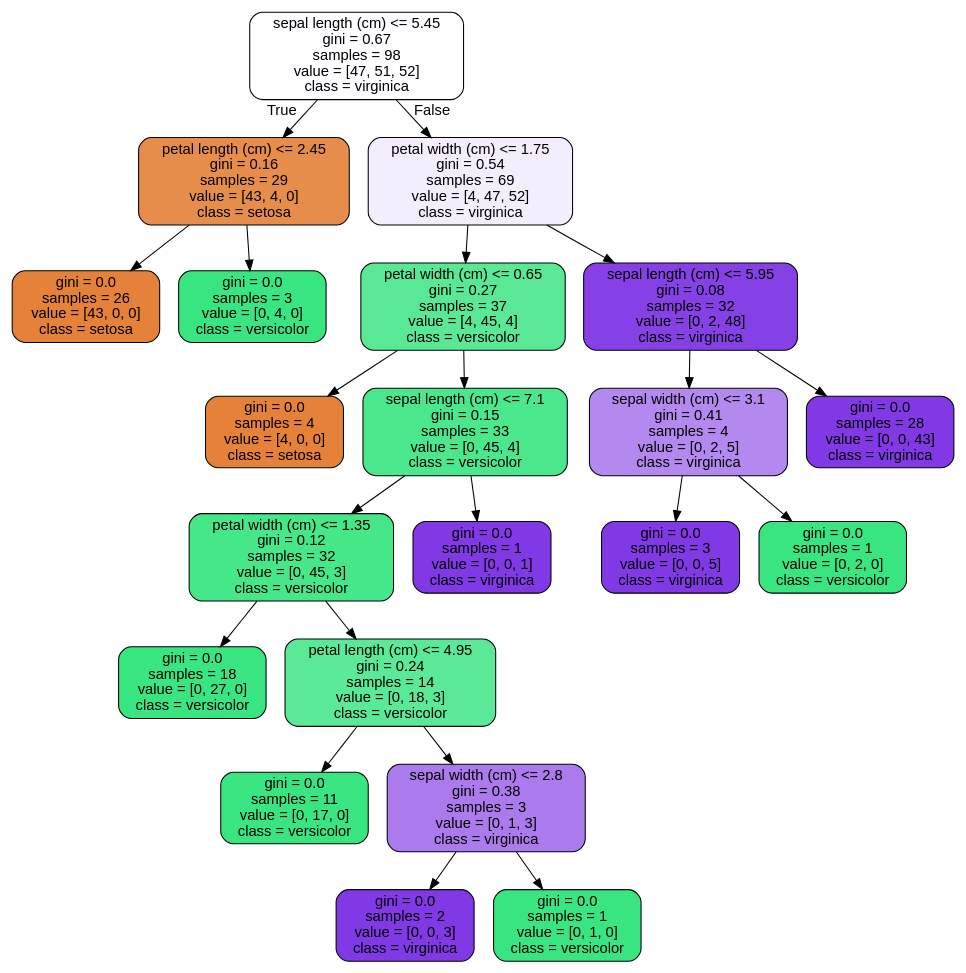
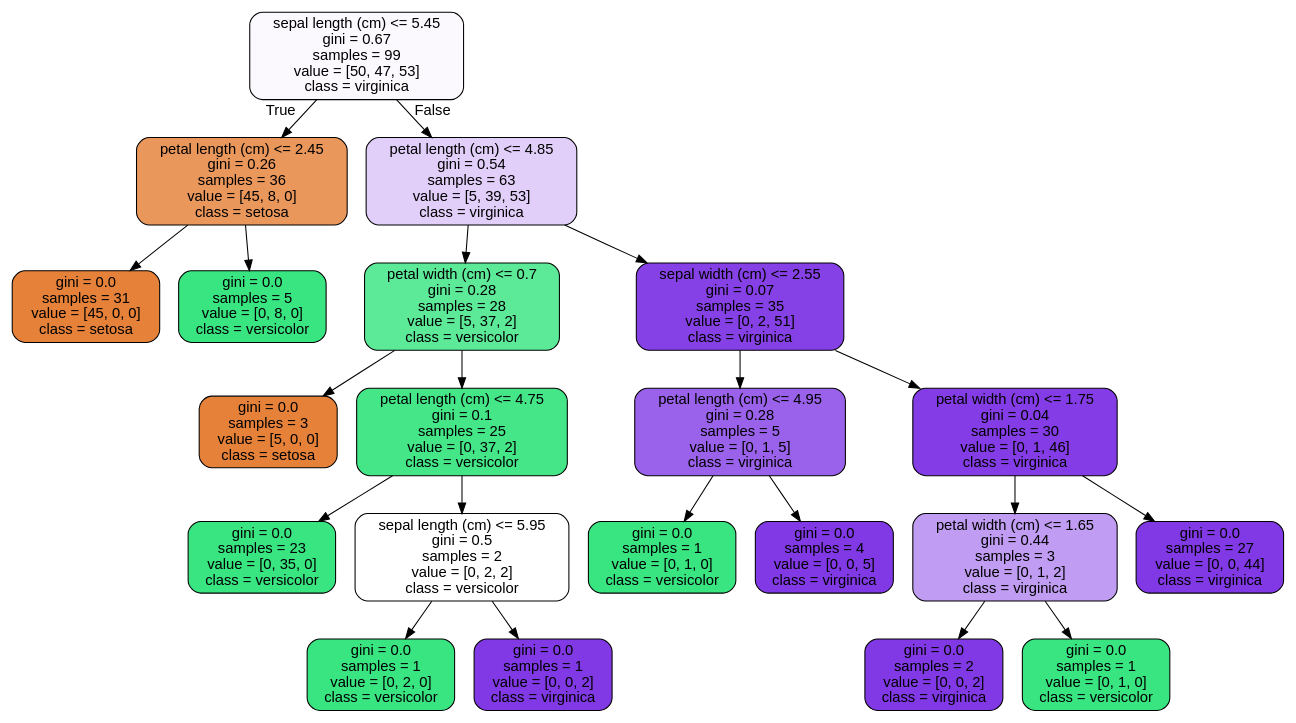
One commit to JasonCaldwellMBA/RandomForest_Covid_Case_Study changed the diagram in tree.dot. Above: the diagram before and after it, drawn with Graphviz. The commit also changed 2 other files, not shown here.

```diff
--- a/tree.dot
+++ b/tree.dot
@@ -1,45 +1,45 @@
 digraph Tree {
 node [shape=box, style="filled, rounded", color="black", fontname=helvetica] ;
 edge [fontname=helvetica] ;
-0 [label="sepal length (cm) <= 5.45\ngini = 0.67\nsamples = 98\nvalue = [47, 51, 52]\nclass = virginica", fillcolor="#fefdff"] ;
-1 [label="petal length (cm) <= 2.45\ngini = 0.16\nsamples = 29\nvalue = [43, 4, 0]\nclass = setosa", fillcolor="#e78d4b"] ;
+0 [label="sepal length (cm) <= 5.45\ngini = 0.67\nsamples = 99\nvalue = [50, 47, 53]\nclass = virginica", fillcolor="#fbf9fe"] ;
+1 [label="petal length (cm) <= 2.45\ngini = 0.26\nsamples = 36\nvalue = [45, 8, 0]\nclass = setosa", fillcolor="#ea975c"] ;
 0 -> 1 [labeldistance=2.5, labelangle=45, headlabel="True"] ;
-2 [label="gini = 0.0\nsamples = 26\nvalue = [43, 0, 0]\nclass = setosa", fillcolor="#e58139"] ;
+2 [label="gini = 0.0\nsamples = 31\nvalue = [45, 0, 0]\nclass = setosa", fillcolor="#e58139"] ;
 1 -> 2 ;
-3 [label="gini = 0.0\nsamples = 3\nvalue = [0, 4, 0]\nclass = versicolor", fillcolor="#39e581"] ;
+3 [label="gini = 0.0\nsamples = 5\nvalue = [0, 8, 0]\nclass = versicolor", fillcolor="#39e581"] ;
 1 -> 3 ;
-4 [label="petal width (cm) <= 1.75\ngini = 0.54\nsamples = 69\nvalue = [4, 47, 52]\nclass = virginica", fillcolor="#f4edfd"] ;
+4 [label="petal length (cm) <= 4.85\ngini = 0.54\nsamples = 63\nvalue = [5, 39, 53]\nclass = virginica", fillcolor="#e1cff9"] ;
 0 -> 4 [labeldistance=2.5, labelangle=-45, headlabel="False"] ;
-5 [label="petal width (cm) <= 0.65\ngini = 0.27\nsamples = 37\nvalue = [4, 45, 4]\nclass = versicolor", fillcolor="#59e996"] ;
+5 [label="petal width (cm) <= 0.7\ngini = 0.28\nsamples = 28\nvalue = [5, 37, 2]\nclass = versicolor", fillcolor="#5dea98"] ;
 4 -> 5 ;
-6 [label="gini = 0.0\nsamples = 4\nvalue = [4, 0, 0]\nclass = setosa", fillcolor="#e58139"] ;
+6 [label="gini = 0.0\nsamples = 3\nvalue = [5, 0, 0]\nclass = setosa", fillcolor="#e58139"] ;
 5 -> 6 ;
-7 [label="sepal length (cm) <= 7.1\ngini = 0.15\nsamples = 33\nvalue = [0, 45, 4]\nclass = versicolor", fillcolor="#4be78c"] ;
+7 [label="petal length (cm) <= 4.75\ngini = 0.1\nsamples = 25\nvalue = [0, 37, 2]\nclass = versicolor", fillcolor="#44e688"] ;
 5 -> 7 ;
-8 [label="petal width (cm) <= 1.35\ngini = 0.12\nsamples = 32\nvalue = [0, 45, 3]\nclass = versicolor", fillcolor="#46e789"] ;
+8 [label="gini = 0.0\nsamples = 23\nvalue = [0, 35, 0]\nclass = versicolor", fillcolor="#39e581"] ;
 7 -> 8 ;
-9 [label="gini = 0.0\nsamples = 18\nvalue = [0, 27, 0]\nclass = versicolor", fillcolor="#39e581"] ;
-8 -> 9 ;
-10 [label="petal length (cm) <= 4.95\ngini = 0.24\nsamples = 14\nvalue = [0, 18, 3]\nclass = versicolor", fillcolor="#5ae996"] ;
-8 -> 10 ;
-11 [label="gini = 0.0\nsamples = 11\nvalue = [0, 17, 0]\nclass = versicolor", fillcolor="#39e581"] ;
-10 -> 11 ;
-12 [label="sepal width (cm) <= 2.8\ngini = 0.38\nsamples = 3\nvalue = [0, 1, 3]\nclass = virginica", fillcolor="#ab7bee"] ;
-10 -> 12 ;
-13 [label="gini = 0.0\nsamples = 2\nvalue = [0, 0, 3]\nclass = virginica", fillcolor="#8139e5"] ;
+9 [label="sepal length (cm) <= 5.95\ngini = 0.5\nsamples = 2\nvalue = [0, 2, 2]\nclass = versicolor", fillcolor="#ffffff"] ;
+7 -> 9 ;
+10 [label="gini = 0.0\nsamples = 1\nvalue = [0, 2, 0]\nclass = versicolor", fillcolor="#39e581"] ;
+9 -> 10 ;
+11 [label="gini = 0.0\nsamples = 1\nvalue = [0, 0, 2]\nclass = virginica", fillcolor="#8139e5"] ;
+9 -> 11 ;
+12 [label="sepal width (cm) <= 2.55\ngini = 0.07\nsamples = 35\nvalue = [0, 2, 51]\nclass = virginica", fillcolor="#8641e6"] ;
+4 -> 12 ;
+13 [label="petal length (cm) <= 4.95\ngini = 0.28\nsamples = 5\nvalue = [0, 1, 5]\nclass = virginica", fillcolor="#9a61ea"] ;
 12 -> 13 ;
 14 [label="gini = 0.0\nsamples = 1\nvalue = [0, 1, 0]\nclass = versicolor", fillcolor="#39e581"] ;
-12 -> 14 ;
-15 [label="gini = 0.0\nsamples = 1\nvalue = [0, 0, 1]\nclass = virginica", fillcolor="#8139e5"] ;
-7 -> 15 ;
-16 [label="sepal length (cm) <= 5.95\ngini = 0.08\nsamples = 32\nvalue = [0, 2, 48]\nclass = virginica", fillcolor="#8641e6"] ;
-4 -> 16 ;
-17 [label="sepal width (cm) <= 3.1\ngini = 0.41\nsamples = 4\nvalue = [0, 2, 5]\nclass = virginica", fillcolor="#b388ef"] ;
+13 -> 14 ;
+15 [label="gini = 0.0\nsamples = 4\nvalue = [0, 0, 5]\nclass = virginica", fillcolor="#8139e5"] ;
+13 -> 15 ;
+16 [label="petal width (cm) <= 1.75\ngini = 0.04\nsamples = 30\nvalue = [0, 1, 46]\nclass = virginica", fillcolor="#843de6"] ;
+12 -> 16 ;
+17 [label="petal width (cm) <= 1.65\ngini = 0.44\nsamples = 3\nvalue = [0, 1, 2]\nclass = virginica", fillcolor="#c09cf2"] ;
 16 -> 17 ;
-18 [label="gini = 0.0\nsamples = 3\nvalue = [0, 0, 5]\nclass = virginica", fillcolor="#8139e5"] ;
+18 [label="gini = 0.0\nsamples = 2\nvalue = [0, 0, 2]\nclass = virginica", fillcolor="#8139e5"] ;
 17 -> 18 ;
-19 [label="gini = 0.0\nsamples = 1\nvalue = [0, 2, 0]\nclass = versicolor", fillcolor="#39e581"] ;
+19 [label="gini = 0.0\nsamples = 1\nvalue = [0, 1, 0]\nclass = versicolor", fillcolor="#39e581"] ;
 17 -> 19 ;
-20 [label="gini = 0.0\nsamples = 28\nvalue = [0, 0, 43]\nclass = virginica", fillcolor="#8139e5"] ;
+20 [label="gini = 0.0\nsamples = 27\nvalue = [0, 0, 44]\nclass = virginica", fillcolor="#8139e5"] ;
 16 -> 20 ;
 }
```
